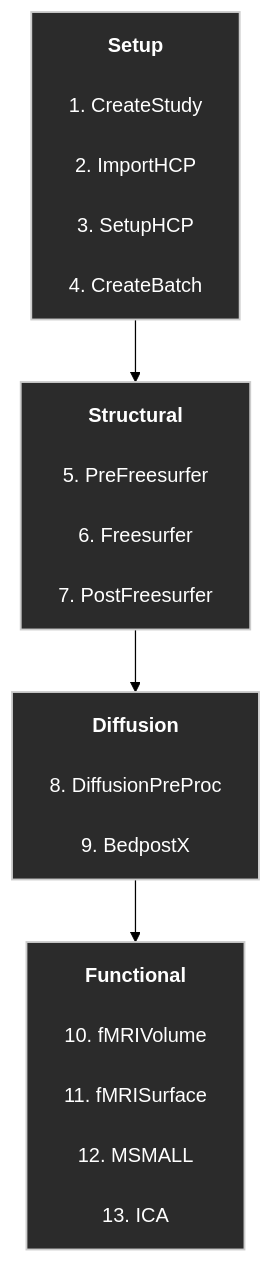
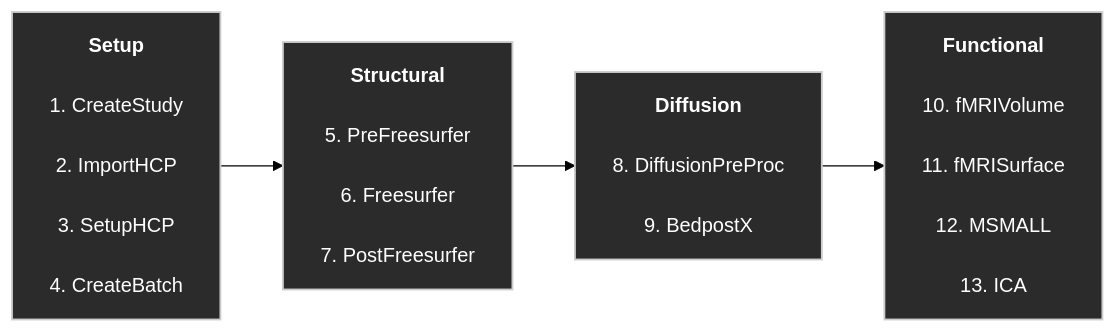
Before and after one commit to SPMIC-UoN/QuNex_Processing_Pipeline: the diagram in README.md, drawn with Mermaid (forest theme).

````diff
--- a/README.md
+++ b/README.md
@@ -44,34 +44,34 @@
 ```mermaid
-flowchart TD
+flowchart LR
 
 %% ---------- Styling ----------
 classDef stage fill:#2b2b2b,stroke:#cccccc,stroke-width:1.5px,color:#ffffff;
 
 %% ---------- Pipeline Stages ----------
 Setup["<b>Setup</b><br/>
 1. CreateStudy<br/>
 2. ImportHCP<br/>
 3. SetupHCP<br/>
 4. CreateBatch"]
 
 Structural["<b>Structural</b><br/>
 5. PreFreesurfer<br/>
 6. Freesurfer<br/>
 7. PostFreesurfer"]
 
 Diffusion["<b>Diffusion</b><br/>
 8. DiffusionPreProc<br/>
 9. BedpostX"]
 
 Functional["<b>Functional</b><br/>
 10. fMRIVolume<br/>
 11. fMRISurface<br/>
 12. MSMALL<br/>
 13. ICA"]
 
 %% ---------- Stage Connections ----------
 Setup --> Structural --> Diffusion --> Functional
 
 %% ---------- Apply Style ----------
 class Setup,Structural,Diffusion,Functional stage;
 ```
````
